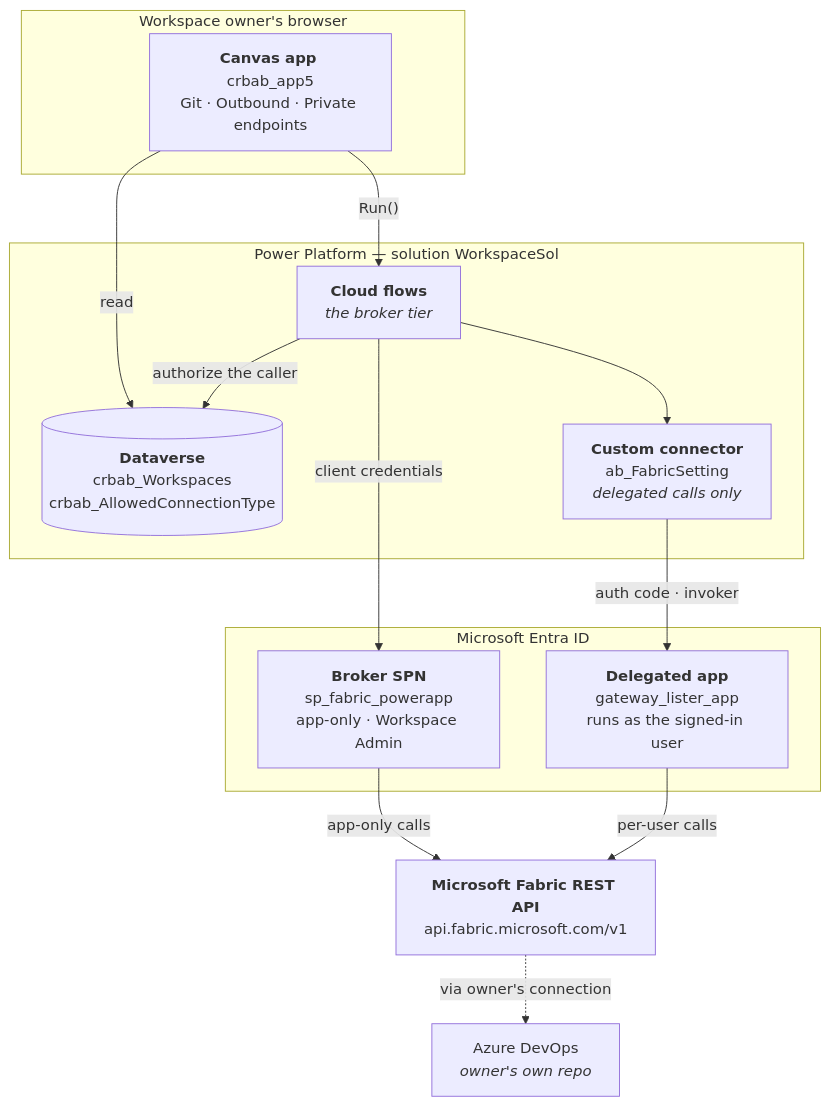
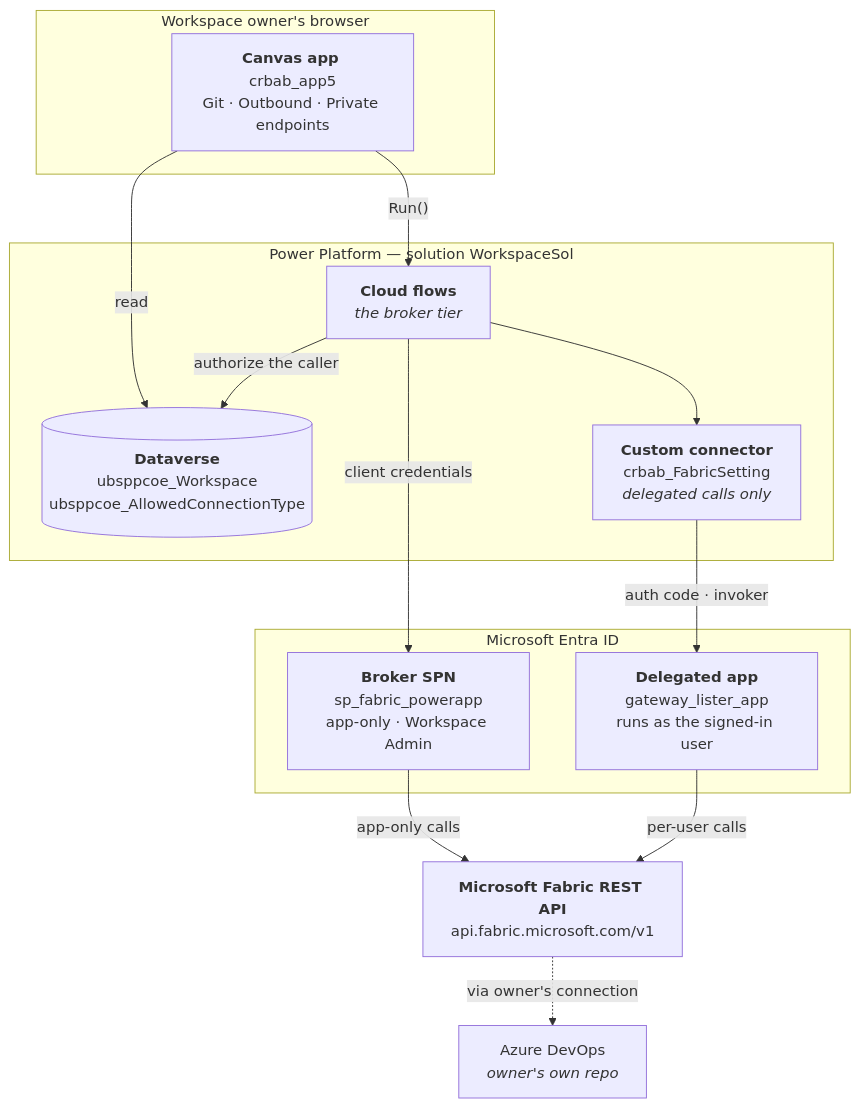
Before and after one commit to velniaszs/Fabric_Workspace_Settings: the first of 5 diagrams in workspace-settings/ARCHITECTURE.md, drawn with Mermaid. The commit also changed other lines of this file and 35 other files, not shown here.

````diff
--- a/workspace-settings/ARCHITECTURE.md
+++ b/workspace-settings/ARCHITECTURE.md
@@ -62,30 +62,30 @@
 ```mermaid
 flowchart TB
     subgraph client["Workspace owner's browser"]
         APP["<b>Canvas app</b> crbab_app5<br/>Git · Outbound · Private endpoints"]
     end
 
     subgraph pp["Power Platform — solution WorkspaceSol"]
-        DV[("<b>Dataverse</b><br/>crbab_Workspaces<br/>crbab_AllowedConnectionType")]
+        DV[("<b>Dataverse</b><br/>ubsppcoe_Workspace<br/>ubsppcoe_AllowedConnectionType")]
         FLOWS["<b>Cloud flows</b><br/><i>the broker tier</i>"]
-        CONN["<b>Custom connector</b><br/>ab_FabricSetting<br/><i>delegated calls only</i>"]
+        CONN["<b>Custom connector</b><br/>crbab_FabricSetting<br/><i>delegated calls only</i>"]
     end
 
     subgraph entra["Microsoft Entra ID"]
         SPNA["<b>Broker SPN</b><br/>sp_fabric_powerapp<br/>app-only · Workspace Admin"]
         DELEG["<b>Delegated app</b><br/>gateway_lister_app<br/>runs as the signed-in user"]
     end
 
     FABRIC["<b>Microsoft Fabric REST API</b><br/>api.fabric.microsoft.com/v1"]
     ADO["Azure DevOps<br/><i>owner's own repo</i>"]
 
     APP -->|"Run()"| FLOWS
     APP -->|read| DV
     FLOWS -->|"authorize the caller"| DV
     FLOWS -->|"client credentials"| SPNA
     FLOWS --> CONN
     CONN -->|"auth code · invoker"| DELEG
     SPNA -->|"app-only calls"| FABRIC
     DELEG -->|"per-user calls"| FABRIC
     FABRIC -.->|"via owner's connection"| ADO
 ```
````
